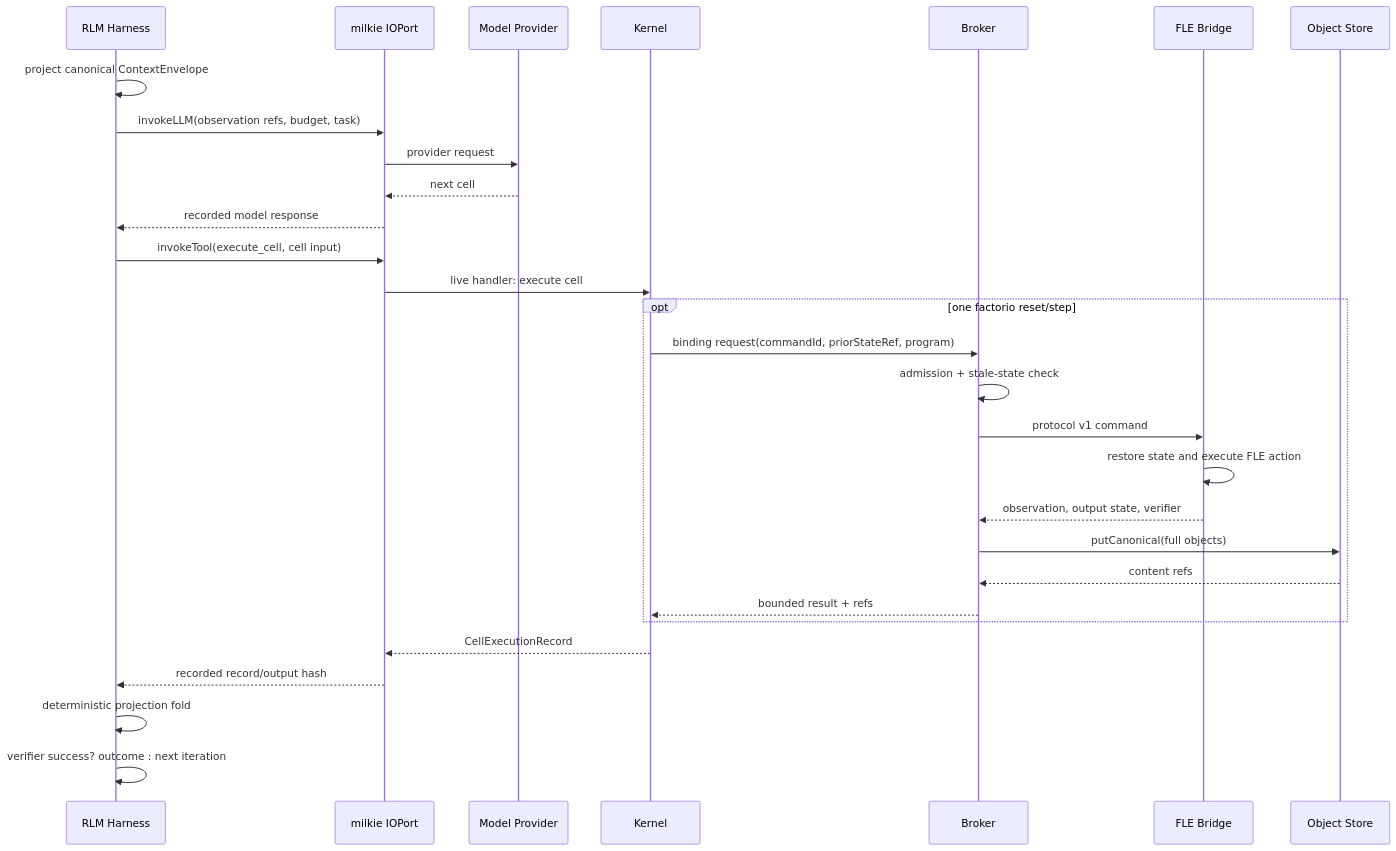
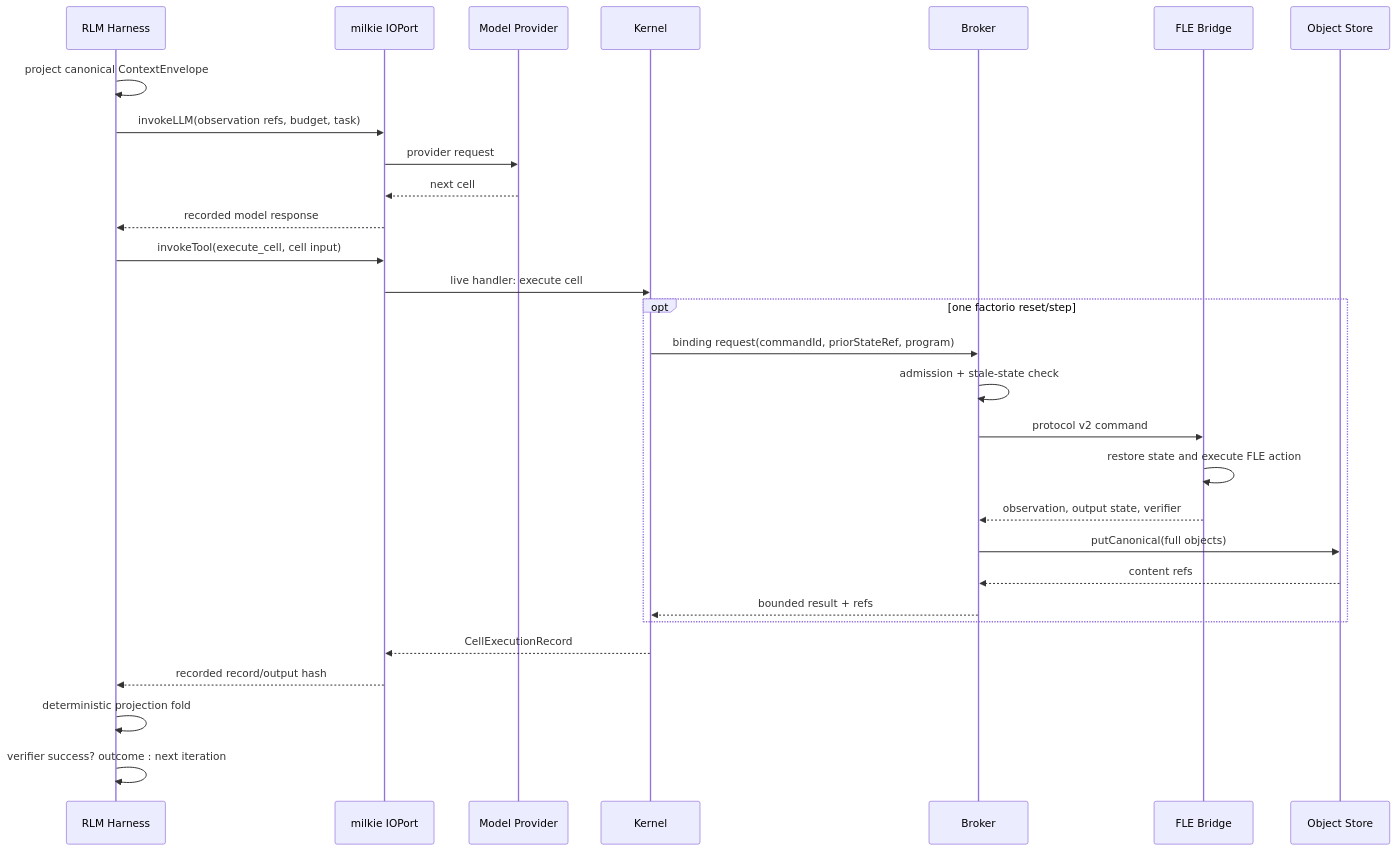
One commit to xforce-io/helix changed the second of 2 diagrams in docs/design/1-rlm-factorio-harness.md. Above: the diagram before and after it, drawn with Mermaid. The commit also changed other lines of this file and 14 other files, not shown here.

````diff
--- a/docs/design/1-rlm-factorio-harness.md
+++ b/docs/design/1-rlm-factorio-harness.md
@@ -136,32 +136,32 @@
 ```mermaid
 sequenceDiagram
     participant H as RLM Harness
     participant I as milkie IOPort
     participant M as Model Provider
     participant K as Kernel
     participant B as Broker
     participant F as FLE Bridge
     participant O as Object Store
 
     H->>H: project canonical ContextEnvelope
     H->>I: invokeLLM(observation refs, budget, task)
     I->>M: provider request
     M-->>I: next cell
     I-->>H: recorded model response
     H->>I: invokeTool(execute_cell, cell input)
     I->>K: live handler: execute cell
     opt one factorio reset/step
         K->>B: binding request(commandId, priorStateRef, program)
         B->>B: admission + stale-state check
-        B->>F: protocol v1 command
+        B->>F: protocol v2 command
         F->>F: restore state and execute FLE action
         F-->>B: observation, output state, verifier
         B->>O: putCanonical(full objects)
         O-->>B: content refs
         B-->>K: bounded result + refs
     end
     K-->>I: CellExecutionRecord
     I-->>H: recorded record/output hash
     H->>H: deterministic projection fold
     H->>H: verifier success? outcome : next iteration
 ```
````
